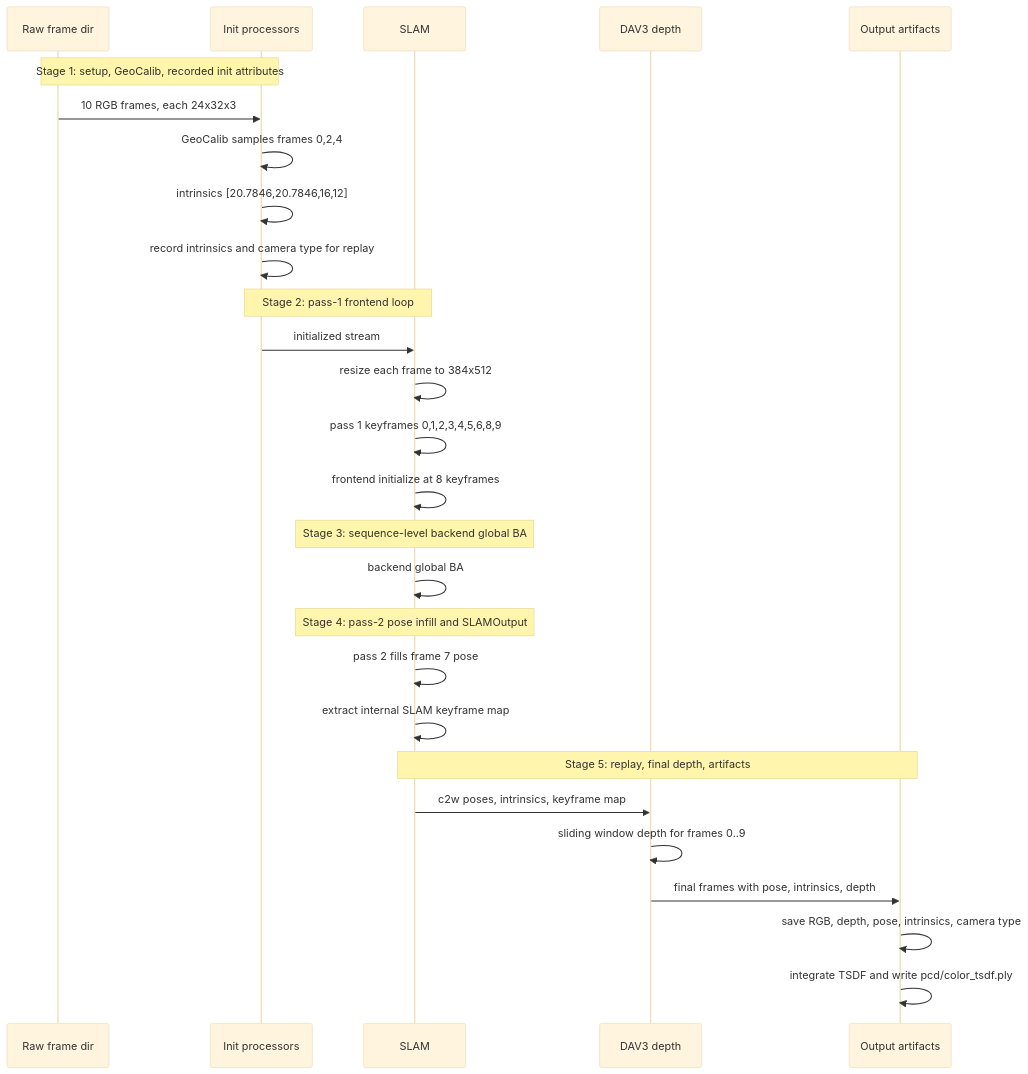
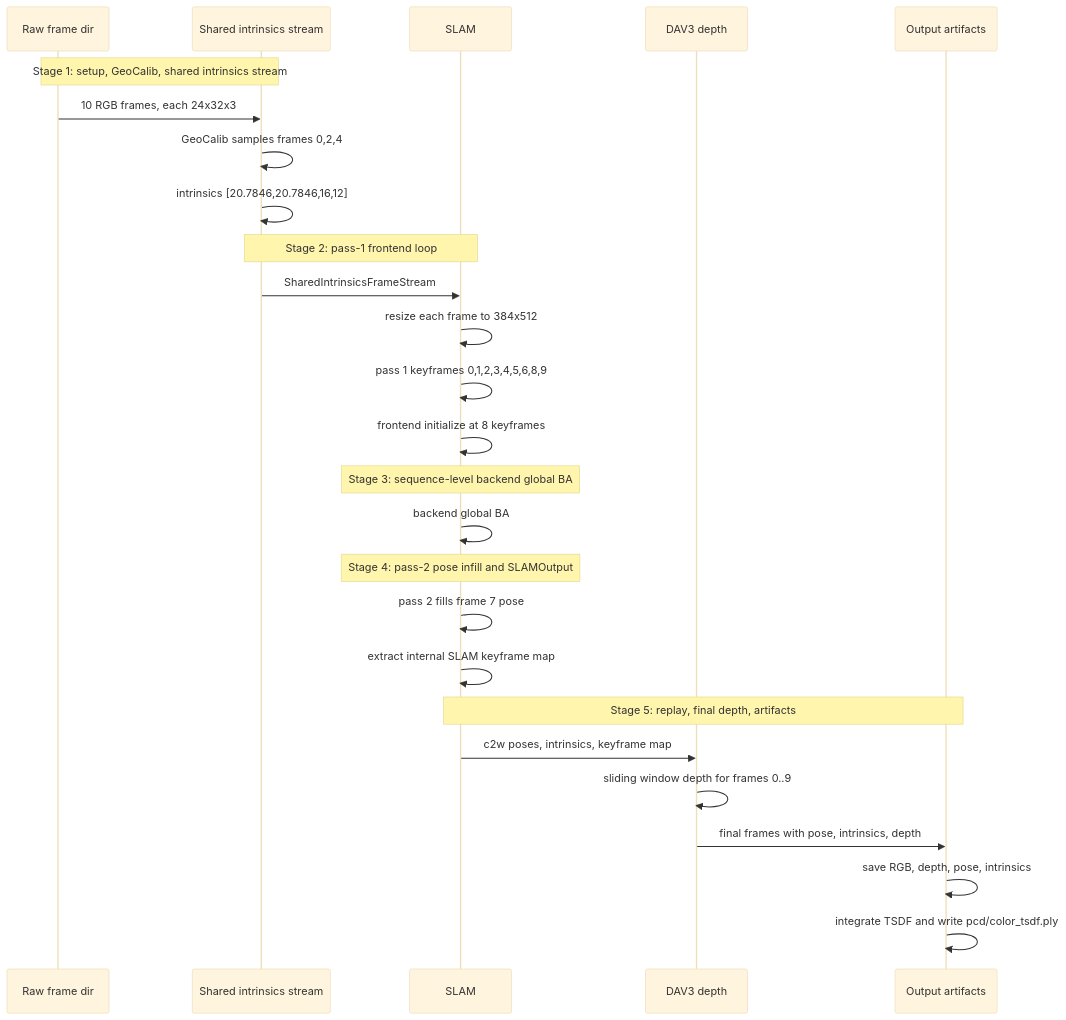
The diagram in fullexplain-toy.md (sadanand1120/vipe), drawn with Mermaid (base theme) before and after one commit. The commit also changed other lines of this file and 44 other files, not shown here.

````diff
--- a/fullexplain-toy.md
+++ b/fullexplain-toy.md
@@ -822,29 +809,28 @@
 ```mermaid
 sequenceDiagram
     participant R as Raw frame dir
-    participant I as Init processors
+    participant I as Shared intrinsics stream
     participant S as SLAM
     participant D as DAV3 depth
     participant O as Output artifacts
-    Note over R,I: Stage 1: setup, GeoCalib, recorded init attributes
+    Note over R,I: Stage 1: setup, GeoCalib, shared intrinsics stream
     R->>I: 10 RGB frames, each 24x32x3
     I->>I: GeoCalib samples frames 0,2,4
     I->>I: intrinsics [20.7846,20.7846,16,12]
-    I->>I: record intrinsics and camera type for replay
     Note over I,S: Stage 2: pass-1 frontend loop
-    I->>S: initialized stream
+    I->>S: SharedIntrinsicsFrameStream
     S->>S: resize each frame to 384x512
     S->>S: pass 1 keyframes 0,1,2,3,4,5,6,8,9
     S->>S: frontend initialize at 8 keyframes
     Note over S: Stage 3: sequence-level backend global BA
     S->>S: backend global BA
     Note over S: Stage 4: pass-2 pose infill and SLAMOutput
     S->>S: pass 2 fills frame 7 pose
     S->>S: extract internal SLAM keyframe map
     Note over S,O: Stage 5: replay, final depth, artifacts
     S->>D: c2w poses, intrinsics, keyframe map
     D->>D: sliding window depth for frames 0..9
     D->>O: final frames with pose, intrinsics, depth
-    O->>O: save RGB, depth, pose, intrinsics, camera type
+    O->>O: save RGB, depth, pose, intrinsics
     O->>O: integrate TSDF and write pcd/color_tsdf.ply
 ```
````
